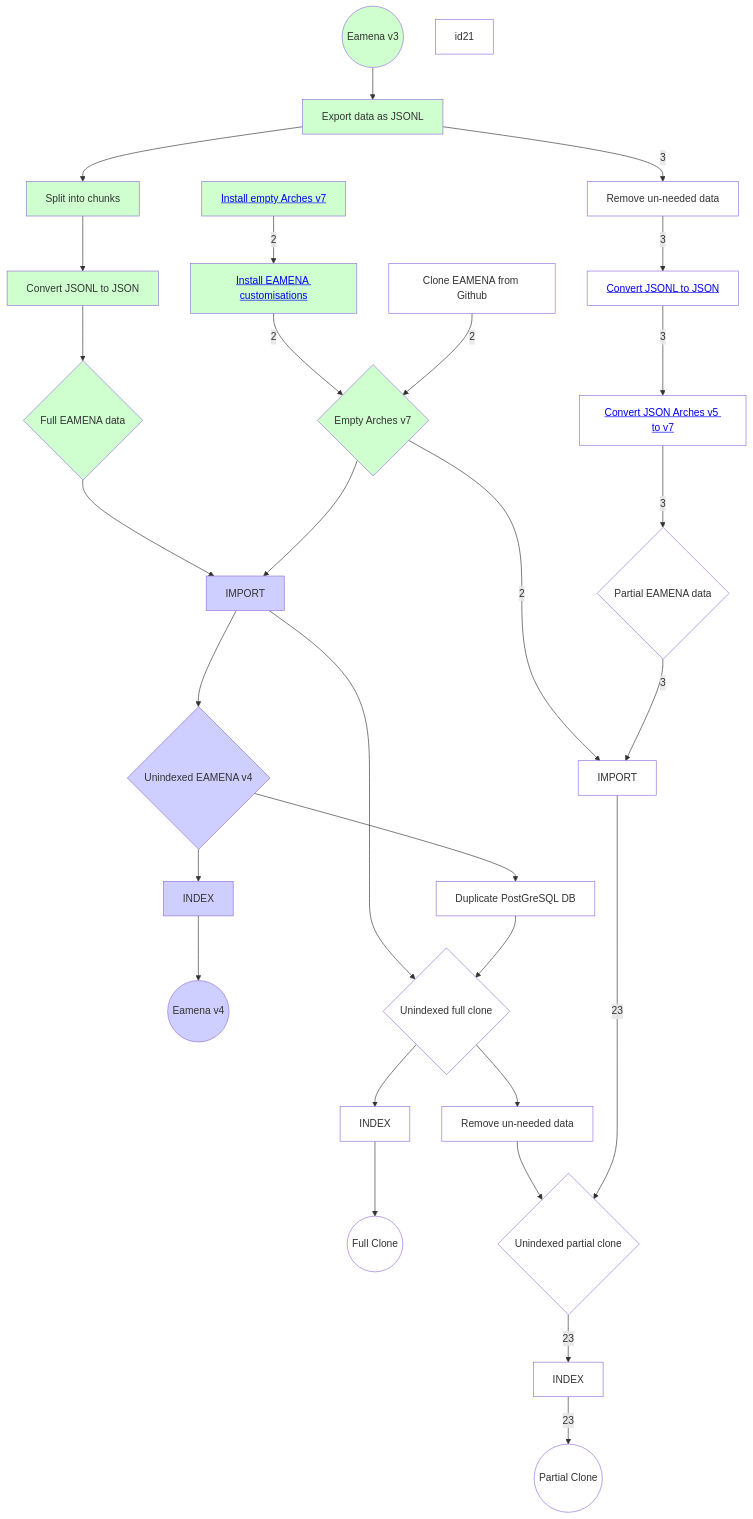
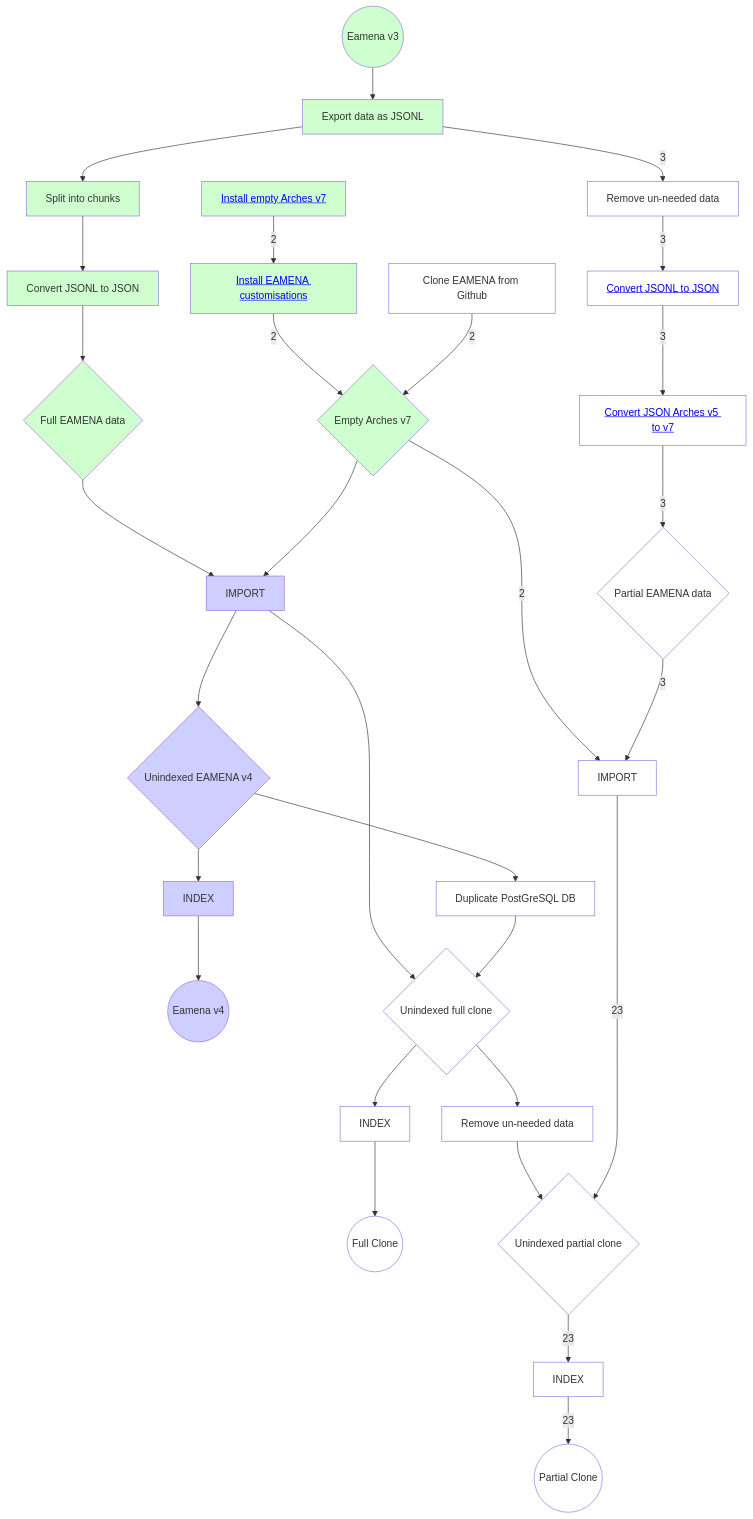
Before and after one commit to eamena-project/eamena-arches-dev: the first of 2 diagrams in dbs/database.eamena/install/README.md, drawn with Mermaid.

````diff
--- a/dbs/database.eamena/install/README.md
+++ b/dbs/database.eamena/install/README.md
@@ -53,58 +53,57 @@
 ```mermaid
 flowchart
 	id1((Eamena v3))-->id2[Export data as JSONL]
 	id2-->id3[Split into chunks]
 	id3-->id4[Convert JSONL to JSON]
 	id4-->id5{Full EAMENA data}
 	id5-->id6[IMPORT]
 	id7[ <a href='https://github.com/eamena-project/eamena-arches-dev/tree/main/dbs/database.eamena/install#install-empty-arches-v7'> Install empty Arches v7 </a>] --2--> id25[ <a href='https://github.com/eamena-project/eamena-arches-dev/tree/main/dbs/database.eamena/install#install-eamena-customisations'>Install EAMENA customisations</a> ]
 	id25 --2--> id8{Empty Arches v7}
 	id9[Clone EAMENA from Github] --2--> id8
 	id8-->id6
 	id6-->id10{Unindexed EAMENA v4}
 	id10-->id11[Duplicate PostGreSQL DB]
 	id10-->id12[INDEX]
 	id12-->id13((Eamena v4))
 	id2 --3--> id14[Remove un-needed data]
 	id6-->id15{Unindexed full clone}
 	id11-->id15
 	id15-->id16[INDEX]
 	id16-->id17((Full Clone))
 	id18{Unindexed partial clone} --23--> id19[INDEX]
 	id19 --23--> id20((Partial Clone))
 	id14 --3--> id141[ <a href='https://github.com/eamena-project/eamena-arches-dev/tree/main/dbs/database.eamena/install#convert-jsonl-to-json'>Convert JSONL to JSON </a> ]
 	id141 --3--> id211[ <a href='https://github.com/eamena-project/eamena-arches-dev/tree/main/dbs/database.eamena/install#convert-json-arches-v5-to-v7'>Convert JSON Arches v5 to v7</a> ]
 	id211 --3--> id22{Partial EAMENA data}
 	id15-->id23[Remove un-needed data]
 	id8 --2--> id24[IMPORT]
 	id22 --3--> id24
 	id23-->id18
 	id24 --23--> id18
 	style id1 fill:#CFFFCF
 	style id2 fill:#CFFFCF
 	style id3 fill:#CFFFCF
 	style id4 fill:#CFFFCF
 	style id5 fill:#CFFFCF
 	style id6 fill:#CFCFFF
 	style id7 fill:#CFFFCF
 	style id8 fill:#CFFFCF
 	style id9 fill:#FFFFFF
 	style id10 fill:#CFCFFF
 	style id11 fill:#FFFFFF
 	style id12 fill:#CFCFFF
 	style id13 fill:#CFCFFF
 	style id14 fill:#FFFFFF
 	style id15 fill:#FFFFFF
 	style id16 fill:#FFFFFF
 	style id17 fill:#FFFFFF
 	style id18 fill:#FFFFFF
 	style id19 fill:#FFFFFF
 	style id20 fill:#FFFFFF
-	style id21 fill:#FFFFFF
 	style id22 fill:#FFFFFF
 	style id23 fill:#FFFFFF
 	style id24 fill:#FFFFFF
 	style id25 fill:#CFFFCF
 	style id141 fill:#FFFFFF
 	style id211 fill:#FFFFFF
 ```
````
